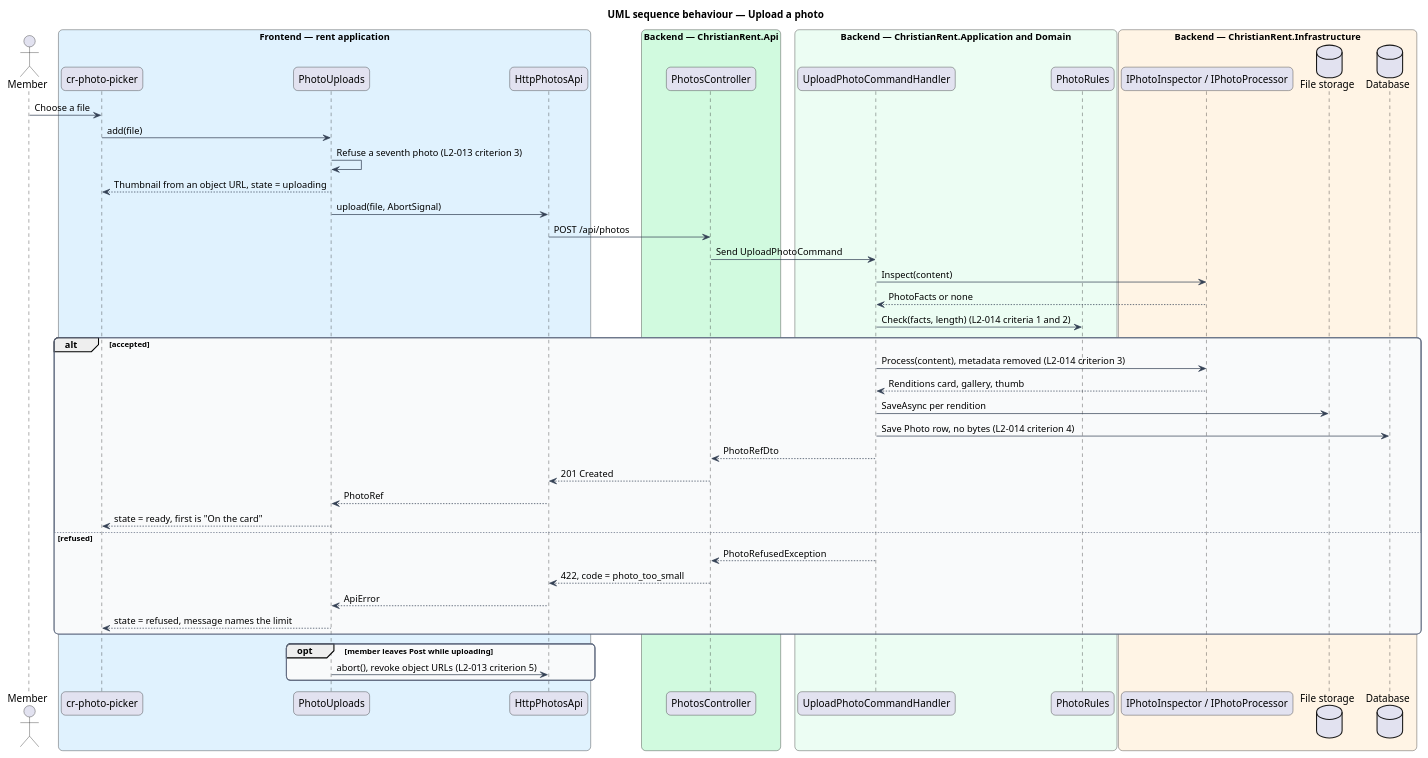
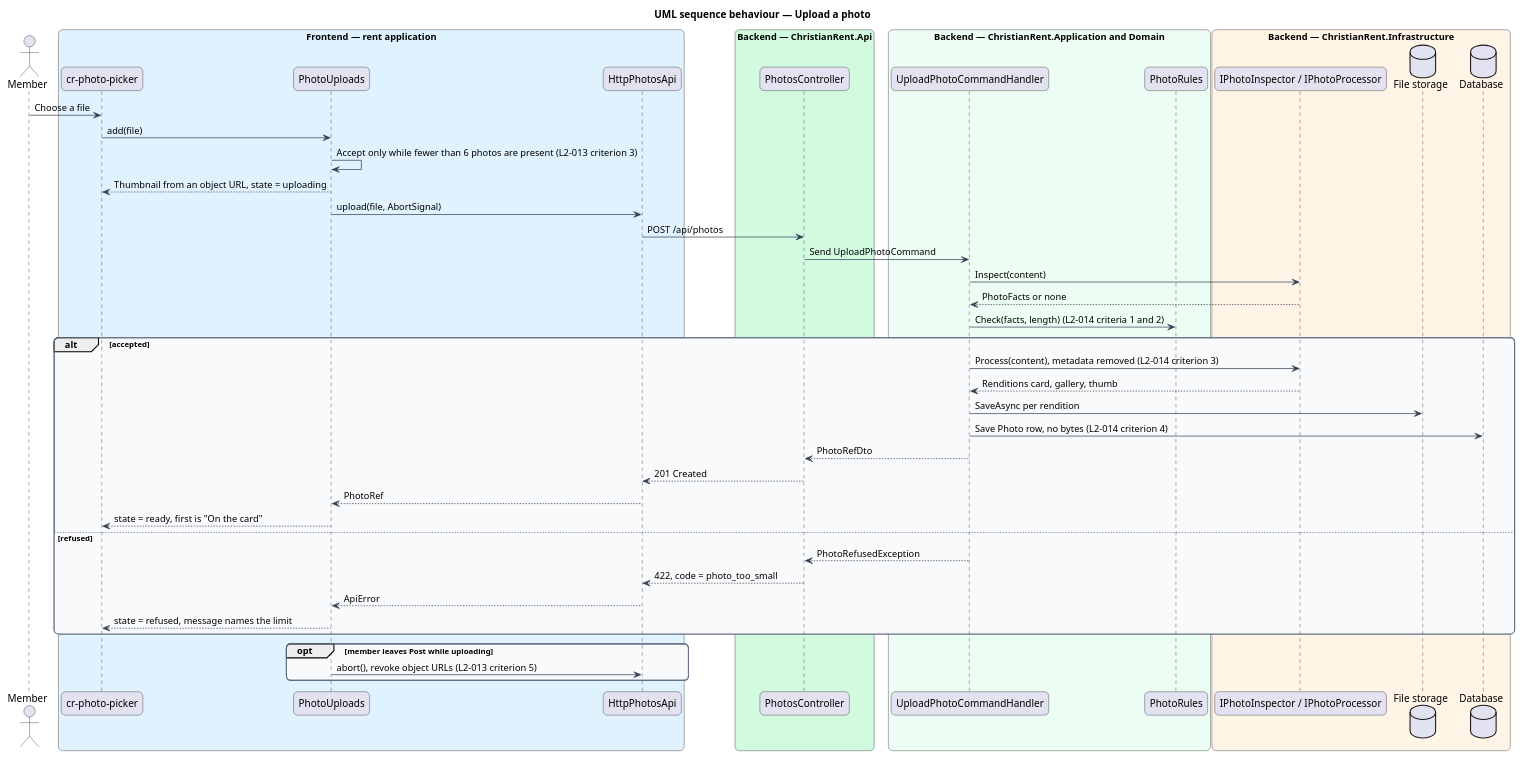
Before and after one commit to QuinntyneBrown/christian-rent: the diagram in docs/detailed-designs/post/add-photos/diagrams/sequence-upload-photo.puml, drawn with PlantUML. The commit also changed 23 other files, not shown here.

```diff
--- a/docs/detailed-designs/post/add-photos/diagrams/sequence-upload-photo.puml
+++ b/docs/detailed-designs/post/add-photos/diagrams/sequence-upload-photo.puml
@@ -1,63 +1,63 @@
 @startuml
 title UML sequence behaviour — Upload a photo
 skinparam backgroundColor #FFFFFF
 skinparam shadowing false
 skinparam roundcorner 12
 skinparam defaultFontName Arial
 skinparam ArrowColor #344054
 skinparam rectangle {
   BorderColor #344054
   FontColor #101828
 }
 skinparam package {
   BorderColor #667085
   FontColor #101828
   BackgroundColor #F9FAFB
 }
 actor "Member" as actor
 box "Frontend — rent application" #E0F2FE
   participant "cr-photo-picker" as picker
   participant "PhotoUploads" as uploads
   participant "HttpPhotosApi" as client
 end box
 box "Backend — ChristianRent.Api" #D1FADF
   participant "PhotosController" as ctrl
 end box
 box "Backend — ChristianRent.Application and Domain" #ECFDF3
   participant "UploadPhotoCommandHandler" as handler
   participant "PhotoRules" as rules
 end box
 box "Backend — ChristianRent.Infrastructure" #FFF4E5
   participant "IPhotoInspector / IPhotoProcessor" as insp
   database "File storage" as files
   database "Database" as db
 end box
 actor -> picker : Choose a file
 picker -> uploads : add(file)
-uploads -> uploads : Refuse a seventh photo (L2-013 criterion 3)
+uploads -> uploads : Accept only while fewer than 6 photos are present (L2-013 criterion 3)
 uploads --> picker : Thumbnail from an object URL, state = uploading
 uploads -> client : upload(file, AbortSignal)
 client -> ctrl : POST /api/photos
 ctrl -> handler : Send UploadPhotoCommand
 handler -> insp : Inspect(content)
 insp --> handler : PhotoFacts or none
 handler -> rules : Check(facts, length) (L2-014 criteria 1 and 2)
 alt accepted
   handler -> insp : Process(content), metadata removed (L2-014 criterion 3)
   insp --> handler : Renditions card, gallery, thumb
   handler -> files : SaveAsync per rendition
   handler -> db : Save Photo row, no bytes (L2-014 criterion 4)
   handler --> ctrl : PhotoRefDto
   ctrl --> client : 201 Created
   client --> uploads : PhotoRef
   uploads --> picker : state = ready, first is "On the card"
 else refused
   handler --> ctrl : PhotoRefusedException
   ctrl --> client : 422, code = photo_too_small
   client --> uploads : ApiError
   uploads --> picker : state = refused, message names the limit
 end
 opt member leaves Post while uploading
   uploads -> client : abort(), revoke object URLs (L2-013 criterion 5)
 end
 @enduml
```
